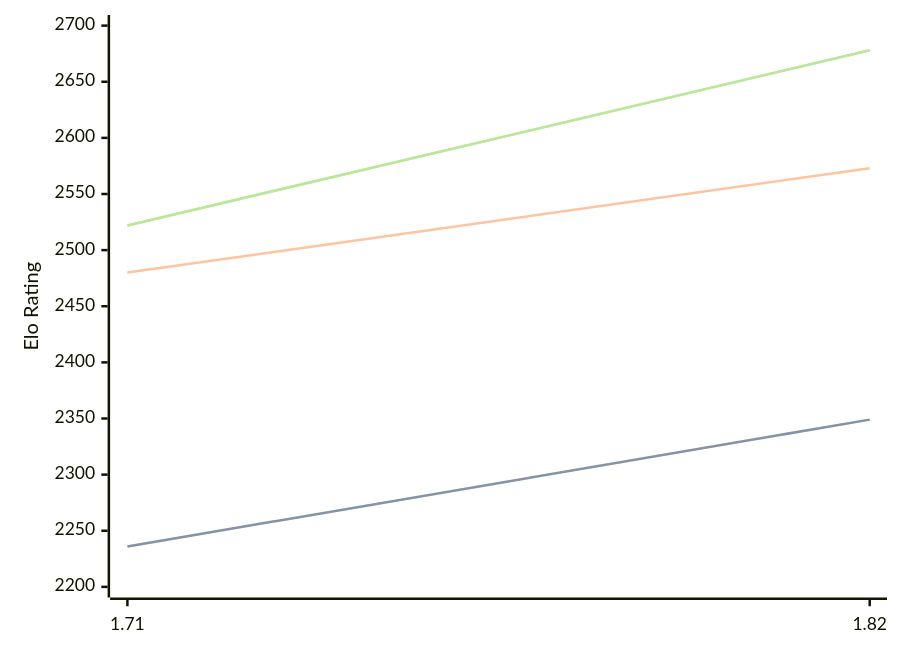
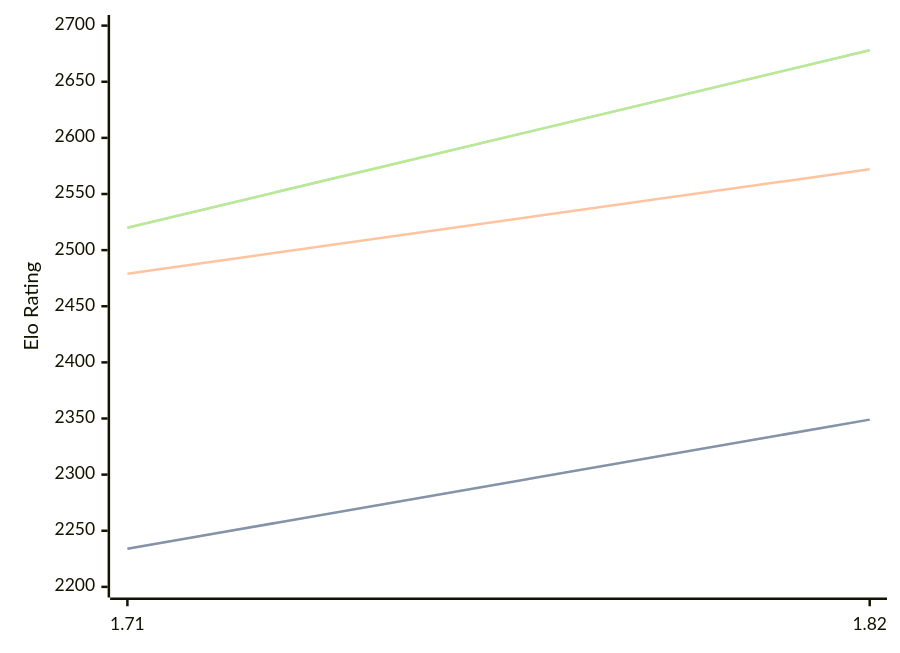
The diagram in engines/Amira.md (computer-chess-index/cci), drawn with Mermaid before and after one commit. The commit also changed other lines of this file, not shown here.

Commit message:
Update CCI Ratings (ELO VLTC) - 2026-05-13

````diff
--- a/engines/Amira.md
+++ b/engines/Amira.md
@@ -35,11 +35,11 @@
 ```mermaid
 %%{init: {"theme":"base","themeVariables":{"seriesColors:['#a3a3a3','#222221','#faa371']}}}%%
 xychart-beta
   x-axis ["1.71", "1.82"]
   y-axis "Elo Rating" 2200 --> 2700
-  line "STC (8.0+0.08s)" [2236, 2349]
-  line "STC (8.0+0.08s)" [2236, 2349]
-  line "LTC (60.0+0.60s)" [2480, 2573]
-  line "VLTC (2m24s+1.12s)" [2522, 2678]
-  line "VLTC (2m24s+1.12s)" [2522, 2678]
+  line "STC (8.0+0.08s)" [2234, 2349]
+  line "STC (8.0+0.08s)" [2234, 2349]
+  line "LTC (60.0+0.60s)" [2479, 2572]
+  line "VLTC (2m24s+1.12s)" [2520, 2678]
+  line "VLTC (2m24s+1.12s)" [2520, 2678]
 ```
````
